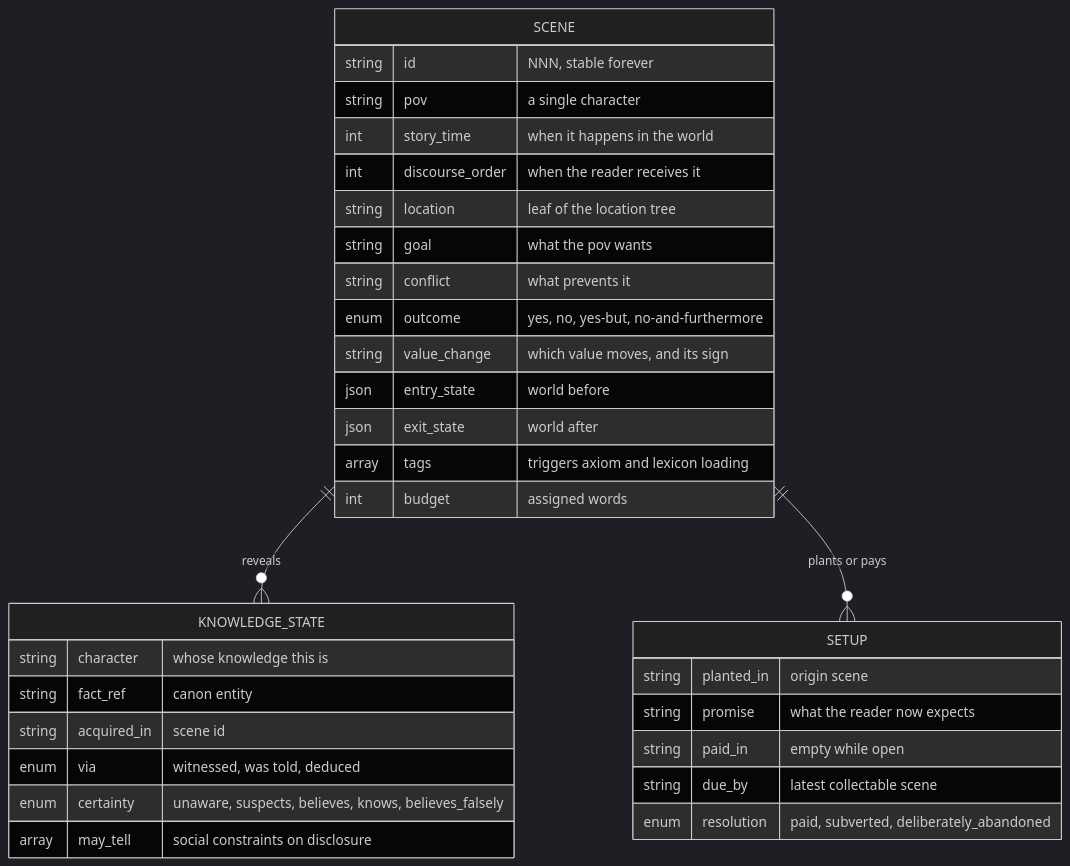
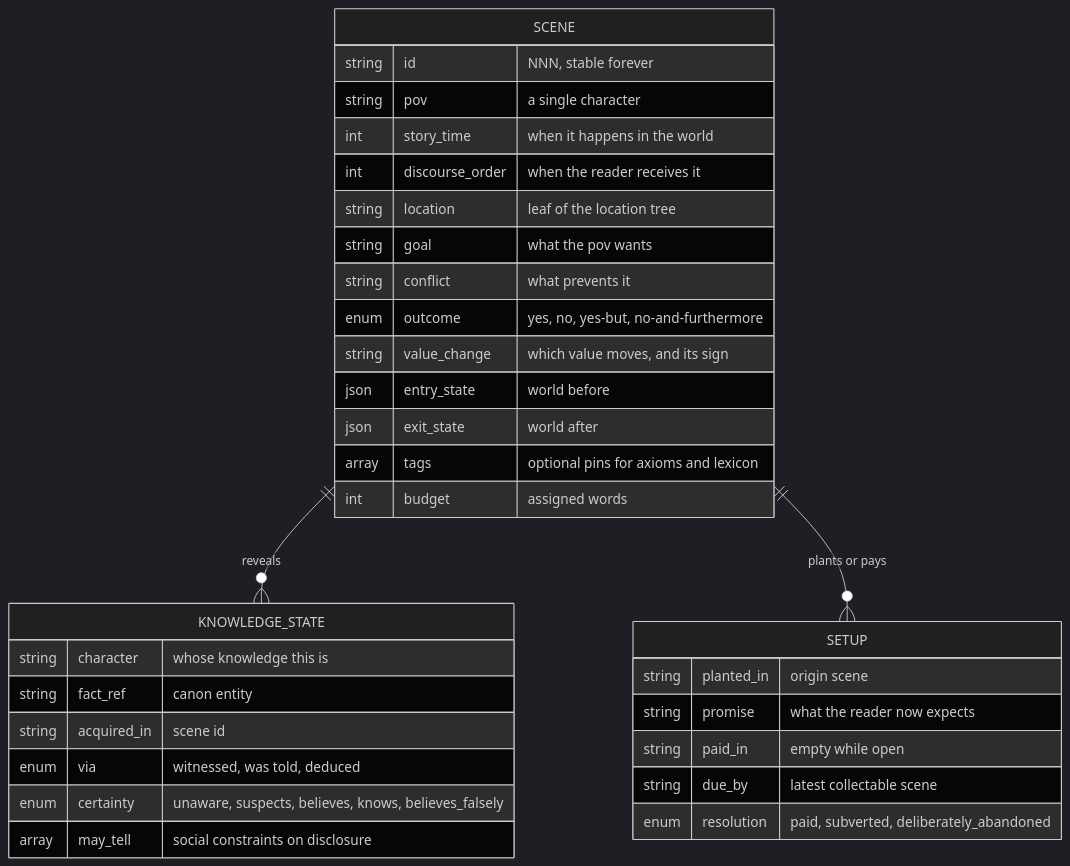
The second of 5 diagrams in docs/domain-knowledge.md (ignacio-hurtado-qaracter/My-Story-Marker), drawn with Mermaid (dark theme) before and after one commit. The commit also changed 6 other files, not shown here.

````diff
--- a/docs/domain-knowledge.md
+++ b/docs/domain-knowledge.md
@@ -83,38 +83,38 @@
 ```mermaid
 erDiagram
   SCENE ||--o{ KNOWLEDGE_STATE : "reveals"
   SCENE ||--o{ SETUP : "plants or pays"
 
   SCENE {
     string  id                "NNN, stable forever"
     string  pov               "a single character"
     int     story_time        "when it happens in the world"
     int     discourse_order   "when the reader receives it"
     string  location          "leaf of the location tree"
     string  goal              "what the pov wants"
     string  conflict          "what prevents it"
     enum    outcome           "yes, no, yes-but, no-and-furthermore"
     string  value_change      "which value moves, and its sign"
     json    entry_state       "world before"
     json    exit_state        "world after"
-    array   tags              "triggers axiom and lexicon loading"
+    array   tags              "optional pins for axioms and lexicon"
     int     budget            "assigned words"
   }
 
   KNOWLEDGE_STATE {
     string  character         "whose knowledge this is"
     string  fact_ref          "canon entity"
     string  acquired_in       "scene id"
     enum    via               "witnessed, was told, deduced"
     enum    certainty         "unaware, suspects, believes, knows, believes_falsely"
     array   may_tell          "social constraints on disclosure"
   }
 
   SETUP {
     string  planted_in        "origin scene"
     string  promise           "what the reader now expects"
     string  paid_in           "empty while open"
     string  due_by            "latest collectable scene"
     enum    resolution        "paid, subverted, deliberately_abandoned"
   }
 ```
````
